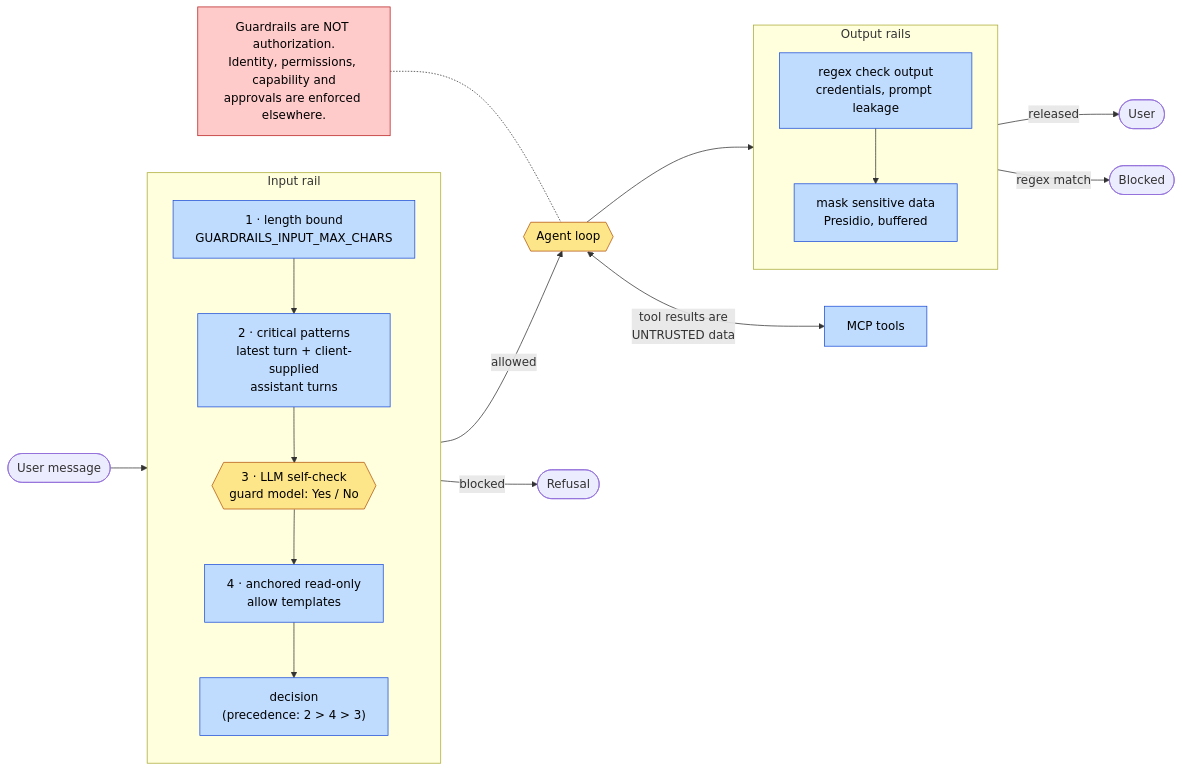
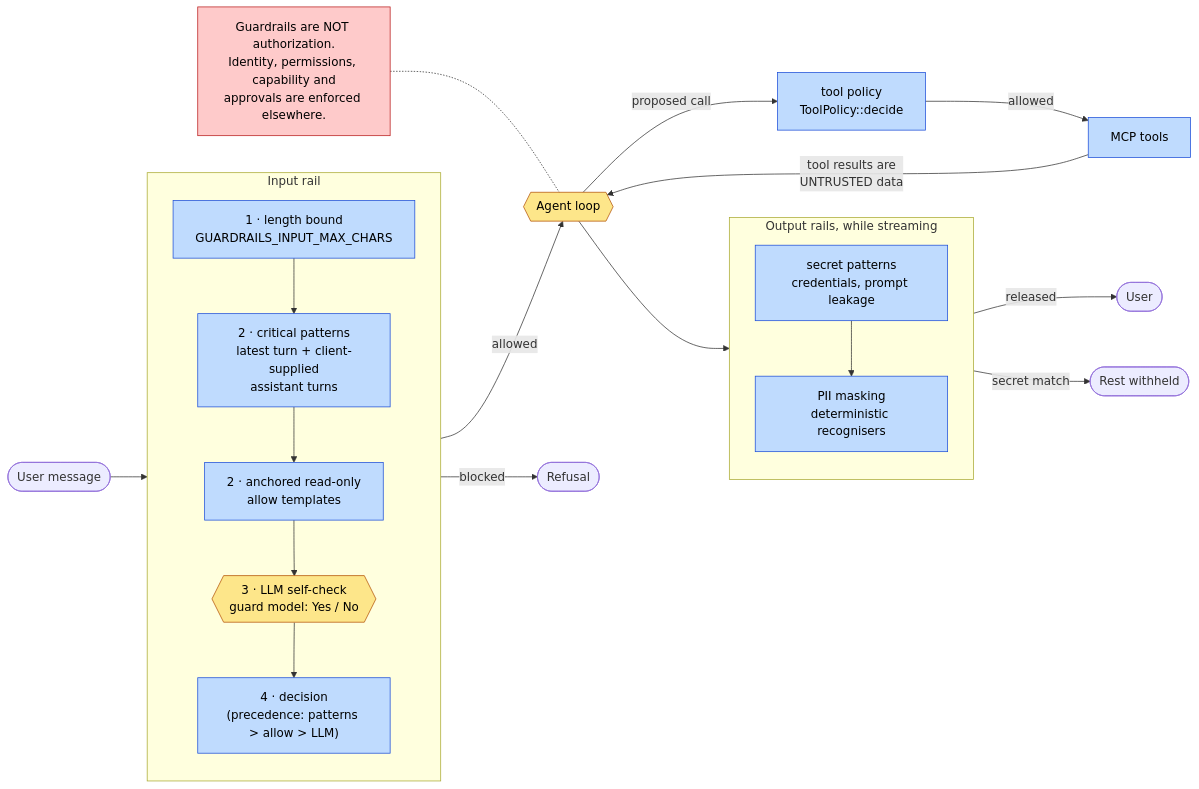
The diagram in docs/concepts/04-guardrails-and-deterministic-controls.md (cognokratos/simple-agent-template), drawn with Mermaid before and after one commit. The commit also changed other lines of this file and 150 other files, not shown here.

````diff
--- a/docs/concepts/04-guardrails-and-deterministic-controls.md
+++ b/docs/concepts/04-guardrails-and-deterministic-controls.md
@@ -30,35 +30,37 @@
 ```mermaid
 flowchart LR
     IN([User message]) --> INPUT
 
     subgraph INPUT [Input rail]
         direction TB
         LEN["1 · length bound<br/>GUARDRAILS_INPUT_MAX_CHARS"] --> CRIT["2 · critical patterns<br/>latest turn + client-supplied<br/>assistant turns"]
-        CRIT --> LLMCHK{{"3 · LLM self-check<br/>guard model: Yes / No"}}
-        LLMCHK --> ALLOW["4 · anchored read-only<br/>allow templates"]
-        ALLOW --> DEC["decision<br/>(precedence: 2 > 4 > 3)"]
+        CRIT --> ALLOW["2 · anchored read-only<br/>allow templates"]
+        ALLOW --> LLMCHK{{"3 · LLM self-check<br/>guard model: Yes / No"}}
+        LLMCHK --> DEC["4 · decision<br/>(precedence: patterns > allow > LLM)"]
     end
 
     INPUT -->|allowed| AGENT{{Agent loop}}
     INPUT -->|blocked| REF([Refusal])
-    AGENT <-->|"tool results are<br/>UNTRUSTED data"| TOOLS[MCP tools]
+    AGENT -->|proposed call| POLICY["tool policy<br/>ToolPolicy::decide"]
+    POLICY -->|allowed| TOOLS[MCP tools]
+    TOOLS -->|"tool results are<br/>UNTRUSTED data"| AGENT
     AGENT --> OUTPUT
 
-    subgraph OUTPUT [Output rails]
+    subgraph OUTPUT [Output rails, while streaming]
         direction TB
-        RX["regex check output<br/>credentials, prompt leakage"] --> PII["mask sensitive data<br/>Presidio, buffered"]
+        RX["secret patterns<br/>credentials, prompt leakage"] --> PII["PII masking<br/>deterministic recognisers"]
     end
 
     OUTPUT -->|released| USER([User])
-    OUTPUT -->|regex match| BLK([Blocked])
+    OUTPUT -->|secret match| BLK([Rest withheld])
 
     NOTE["Guardrails are NOT authorization.<br/>Identity, permissions, capability and<br/>approvals are enforced elsewhere."]
     NOTE -.- AGENT
 
     classDef prob fill:#fde68a,stroke:#b45309,color:#000
     classDef det fill:#bfdbfe,stroke:#1d4ed8,color:#000
     classDef warn fill:#fecaca,stroke:#b91c1c,color:#000
     class LLMCHK,AGENT prob
-    class LEN,CRIT,ALLOW,DEC,RX,PII,TOOLS det
+    class LEN,CRIT,ALLOW,DEC,POLICY,RX,PII,TOOLS det
     class NOTE warn
 ```
````
